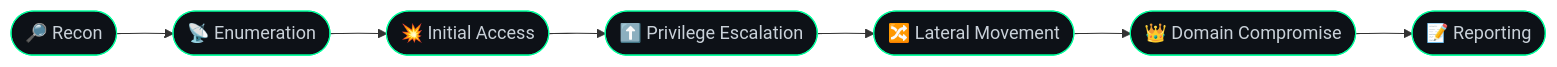
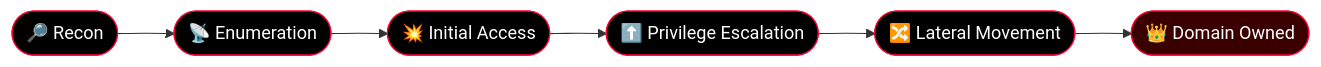
Before and after one commit to b4x0rn/b4x0rn: the diagram in README.md, drawn with Mermaid. The commit also changed other lines of this file, not shown here.

````diff
--- a/README.md
+++ b/README.md
@@ -55,16 +58,14 @@
 ```mermaid
 flowchart LR
     A([🔎 Recon]) --> B([📡 Enumeration])
     B --> C([💥 Initial Access])
     C --> D([⬆️ Privilege Escalation])
     D --> E([🔀 Lateral Movement])
-    E --> F([👑 Domain Compromise])
-    F --> G([📝 Reporting])
-    style A fill:#0d1117,stroke:#00ff9c,color:#c9d1d9
-    style B fill:#0d1117,stroke:#00ff9c,color:#c9d1d9
-    style C fill:#0d1117,stroke:#00ff9c,color:#c9d1d9
-    style D fill:#0d1117,stroke:#00ff9c,color:#c9d1d9
-    style E fill:#0d1117,stroke:#00ff9c,color:#c9d1d9
-    style F fill:#0d1117,stroke:#00ff9c,color:#c9d1d9
-    style G fill:#0d1117,stroke:#00ff9c,color:#c9d1d9
+    E --> F([👑 Domain Owned])
+    style A fill:#000,stroke:#ff0033,color:#fff
+    style B fill:#000,stroke:#ff0033,color:#fff
+    style C fill:#000,stroke:#ff0033,color:#fff
+    style D fill:#000,stroke:#ff0033,color:#fff
+    style E fill:#000,stroke:#ff0033,color:#fff
+    style F fill:#3a0000,stroke:#ff0033,color:#fff
 ```
````
